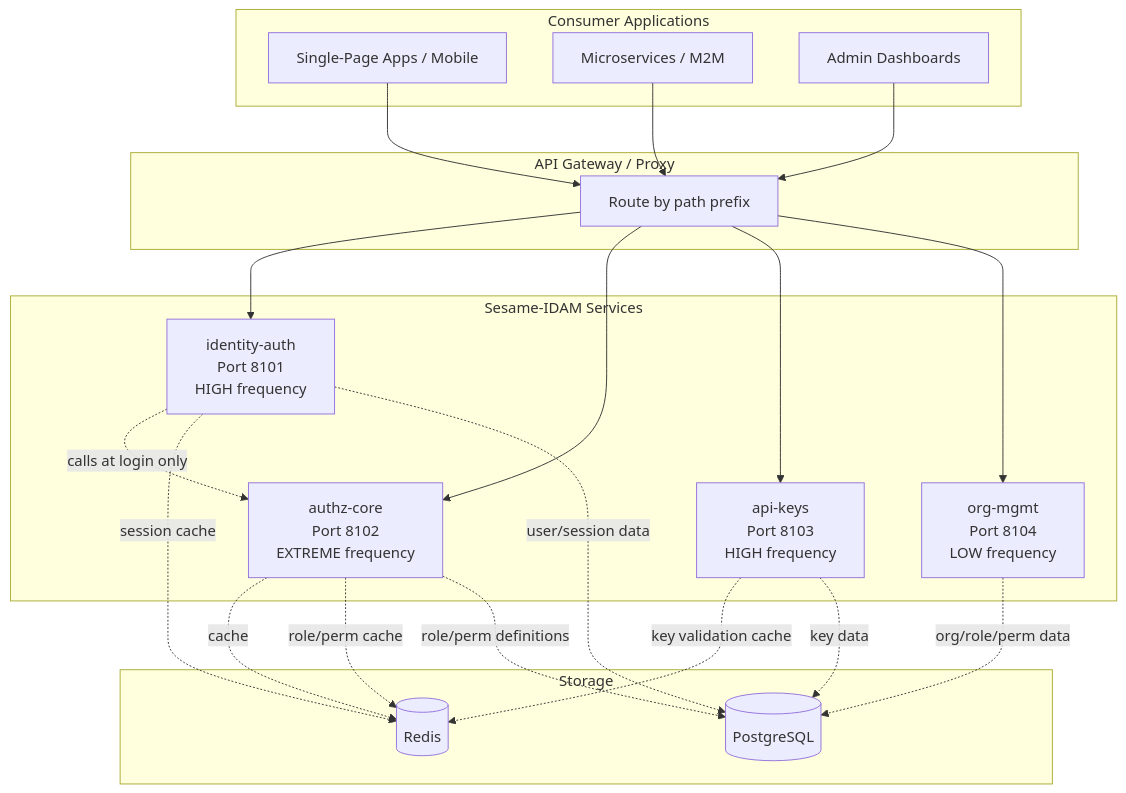
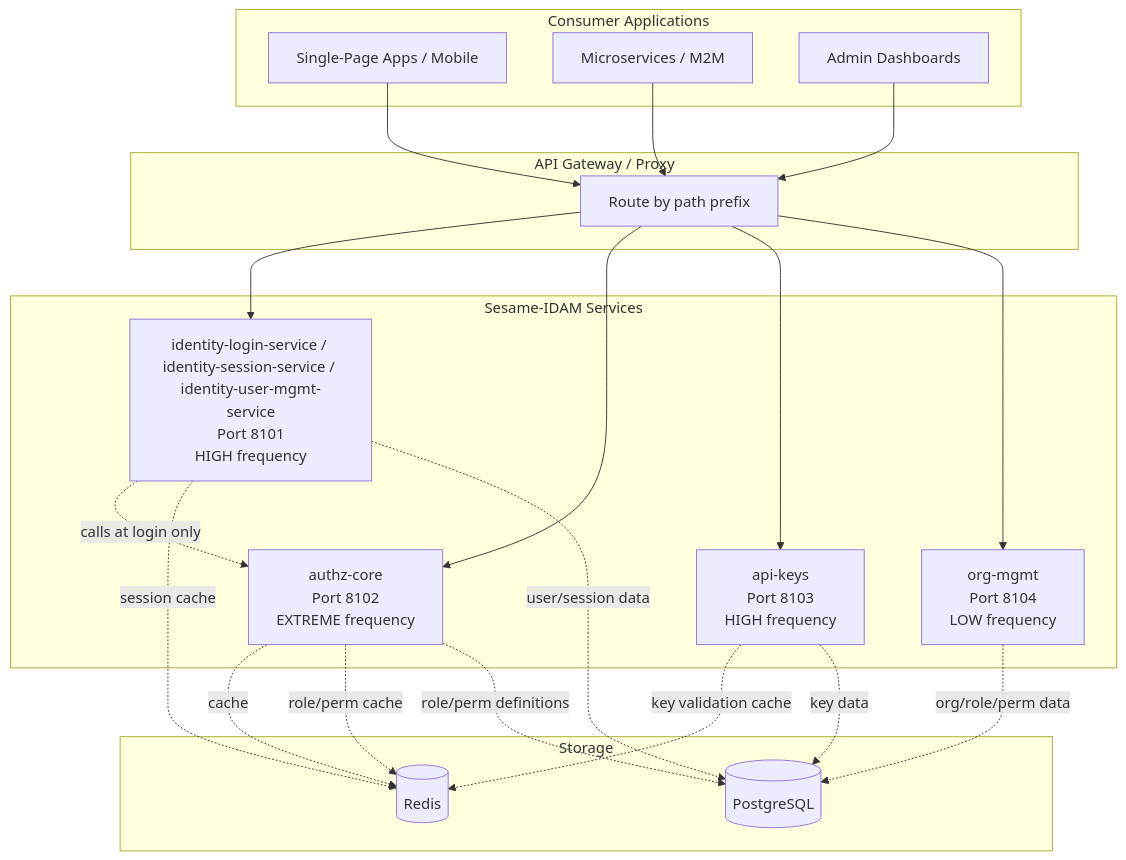
Before and after one commit to microscaler/sesame-idam: the first of 6 diagrams in docs/service-topology-design.md, drawn with Mermaid. The commit also changed other lines of this file and 7 other files, not shown here.

First line of the commit message:
docs: fix all stale architecture references — 4→6 services, identity-auth→real names

````diff
--- a/docs/service-topology-design.md
+++ b/docs/service-topology-design.md
@@ -42,42 +44,42 @@
 ```mermaid
 graph TB
     subgraph "Consumer Applications"
         SPA[Single-Page Apps / Mobile]
         Microsvc[Microservices / M2M]
         Admin[Admin Dashboards]
     end
 
     subgraph "API Gateway / Proxy"
         Proxy[Route by path prefix]
     end
 
     subgraph "Sesame-IDAM Services"
-        IA[identity-auth<br/>Port 8101<br/>HIGH frequency]
+        IA[identity-login-service / identity-session-service / identity-user-mgmt-service<br/>Port 8101<br/>HIGH frequency]
         AC[authz-core<br/>Port 8102<br/>EXTREME frequency]
         AK[api-keys<br/>Port 8103<br/>HIGH frequency]
         OM[org-mgmt<br/>Port 8104<br/>LOW frequency]
     end
 
     subgraph "Storage"
         PG[(PostgreSQL)]
         Redis[(Redis)]
     end
 
     SPA --> Proxy
     Microsvc --> Proxy
     Admin --> Proxy
     Proxy --> IA
     Proxy --> AC
     Proxy --> AK
     Proxy --> OM
 
     IA -. calls at login only .-> AC
     AC -. cache .-> Redis
     IA -. session cache .-> Redis
     AC -. role/perm cache .-> Redis
     AK -. key validation cache .-> Redis
     IA -. user/session data .-> PG
     AC -. role/perm definitions .-> PG
     AK -. key data .-> PG
     OM -. org/role/perm data .-> PG
 ```
````
